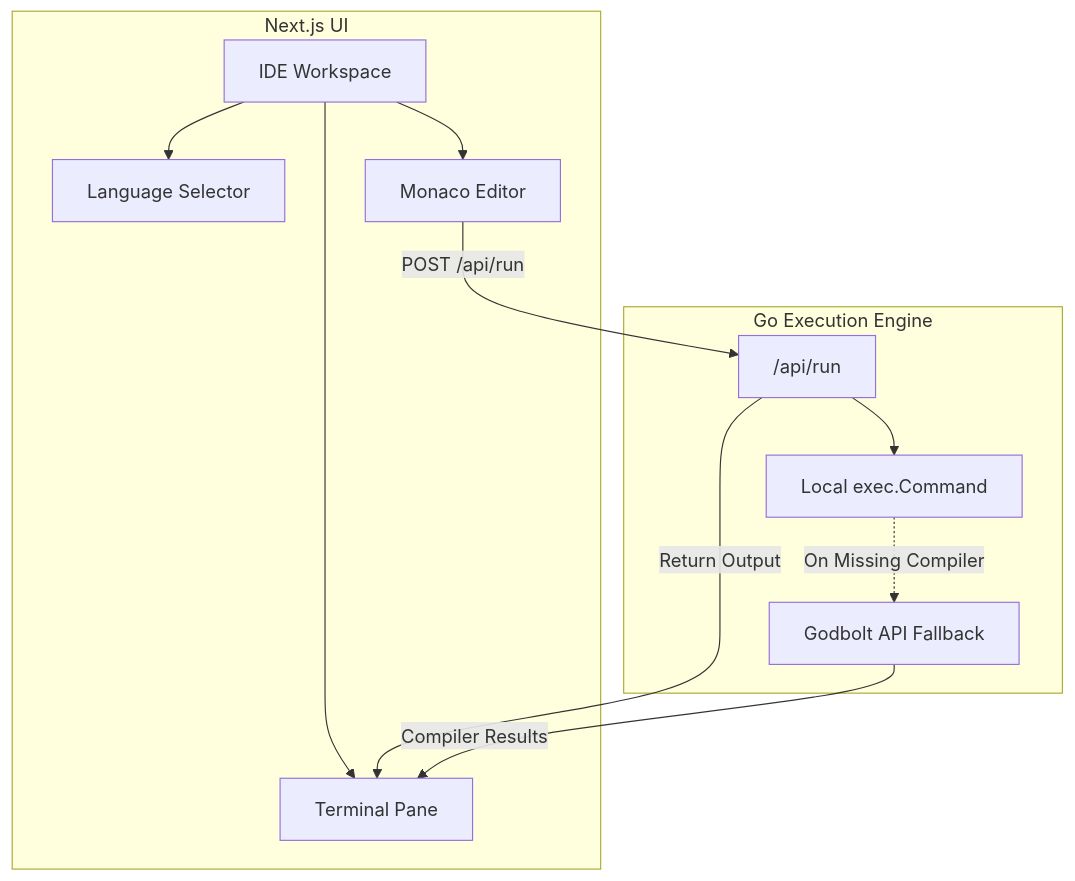
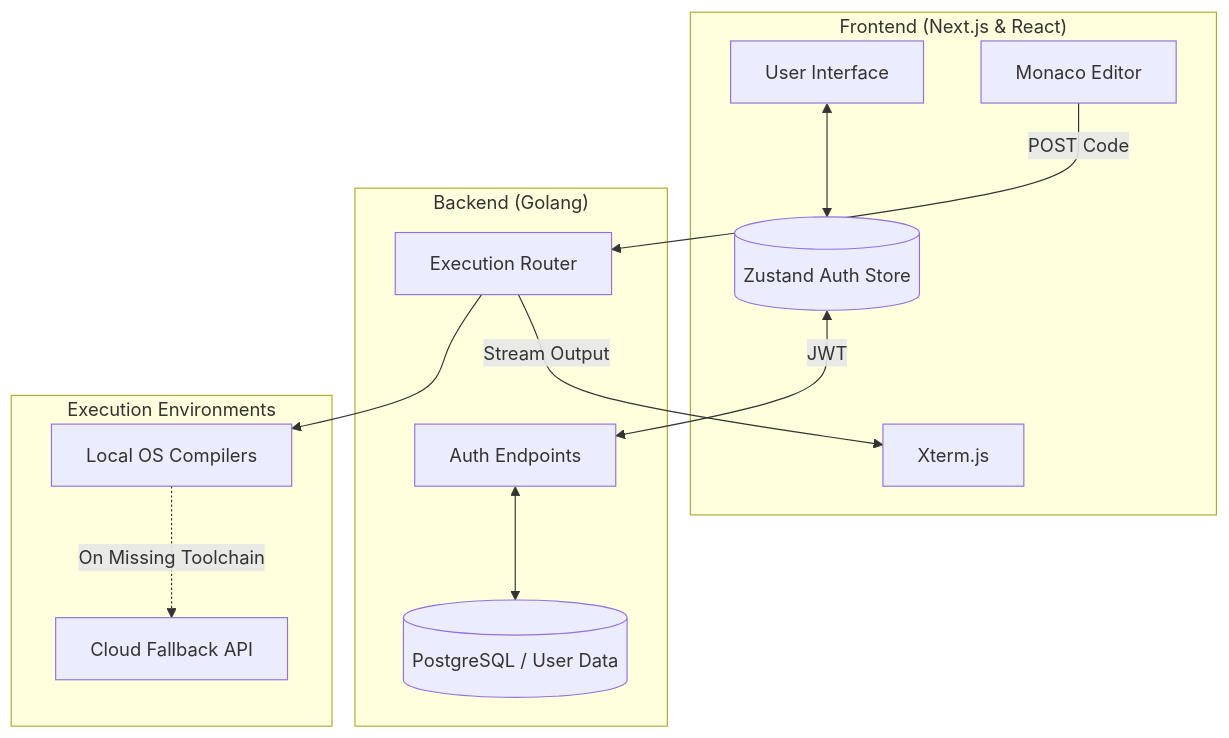
One commit to Suyash-coder-12/DataHubIDE changed the first of 2 diagrams in README.md. Above: the diagram before and after it, drawn with Mermaid. The commit also changed other lines of this file, not shown here.

Commit message:
docs: enhance README with detailed architecture and execution flowcharts

````diff
--- a/README.md
+++ b/README.md
@@ -20,26 +24,30 @@
 ```mermaid
-graph TD
-    subgraph Frontend ["Next.js UI"]
-        IDE["IDE Workspace"]
-        LangSelect["Language Selector"]
-        Editor["Monaco Editor"]
-        Term["Terminal Pane"]
-        
-        IDE --> LangSelect
-        IDE --> Editor
-        IDE --> Term
+flowchart TB
+    subgraph Client ["Frontend (Next.js & React)"]
+        UI[User Interface]
+        AuthStore[(Zustand Auth Store)]
+        Editor[Monaco Editor]
+        Terminal[Xterm.js]
     end
 
-    subgraph Backend ["Go Execution Engine"]
-        API["/api/run"]
-        LocalExec["Local exec.Command"]
-        CloudFallback["Godbolt API Fallback"]
-        
-        API --> LocalExec
-        LocalExec -. "On Missing Compiler" .-> CloudFallback
+    subgraph Server ["Backend (Golang)"]
+        AuthAPI[Auth Endpoints]
+        ExecAPI[Execution Router]
+        DB[(PostgreSQL / User Data)]
     end
+
+    subgraph Execution_Env ["Execution Environments"]
+        Local[Local OS Compilers]
+        Cloud[Cloud Fallback API]
+    end
+
+    UI <--> AuthStore
+    Editor --> |POST Code| ExecAPI
+    ExecAPI --> |Stream Output| Terminal
     
-    Editor -- "POST /api/run" --> API
-    API -- "Return Output" --> Term
-    CloudFallback -- "Compiler Results" --> Term
+    AuthStore <--> |JWT| AuthAPI
+    AuthAPI <--> DB
+    
+    ExecAPI --> Local
+    Local -. "On Missing Toolchain" .-> Cloud
 ```
````
